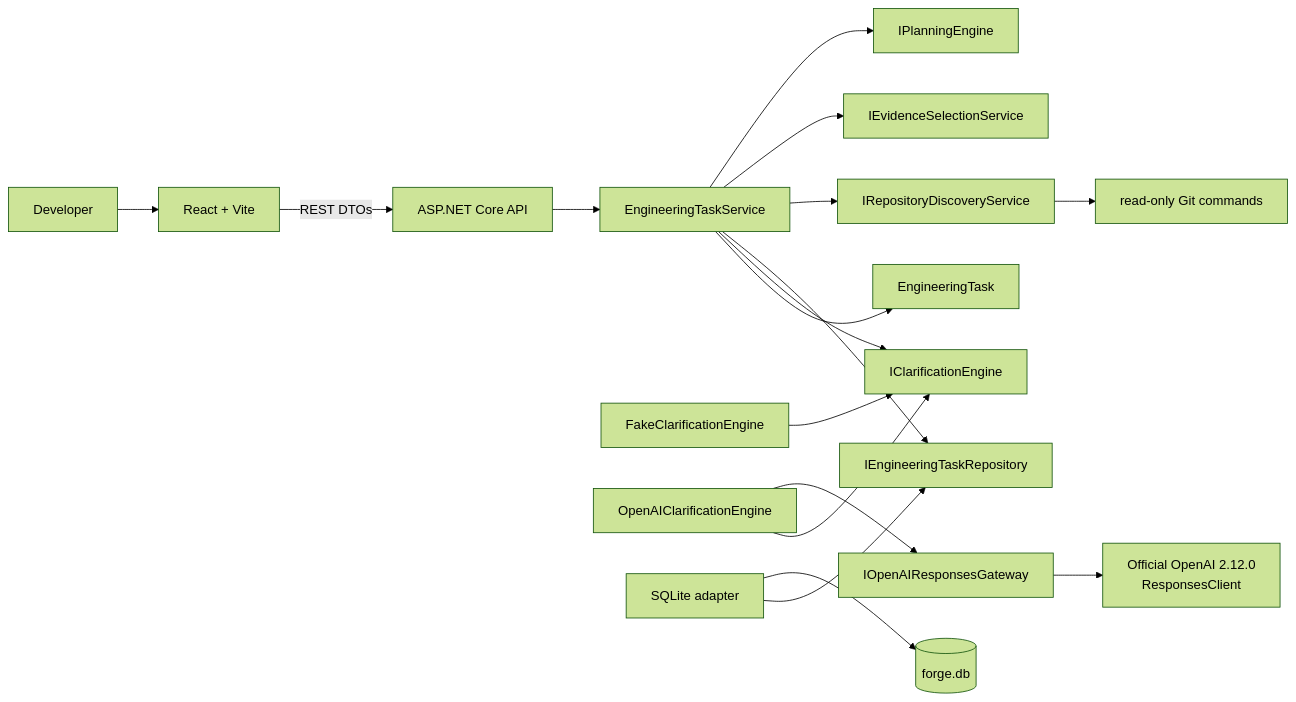
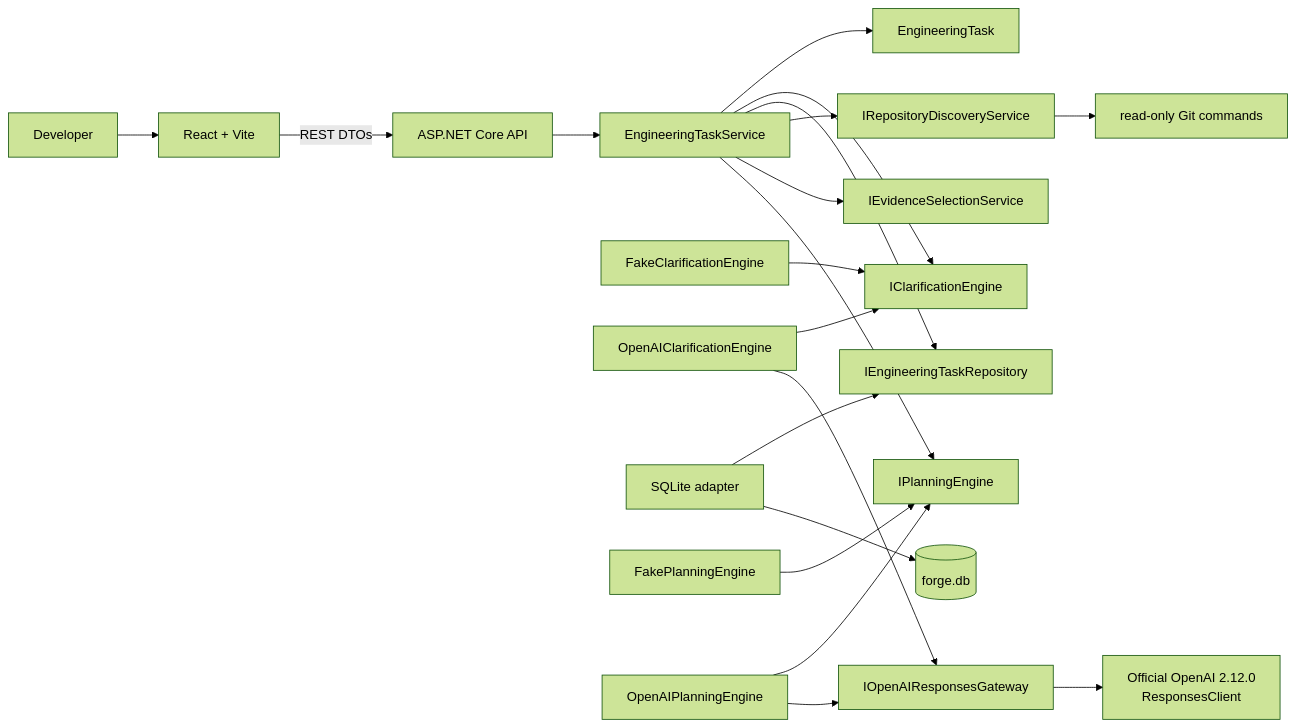
One commit to kamalpuvvada/forge-ai changed the first of 3 diagrams in docs/architecture.md. Above: the diagram before and after it, drawn with Mermaid (forest theme). The commit also changed other lines of this file and 32 other files, not shown here.

````diff
--- a/docs/architecture.md
+++ b/docs/architecture.md
@@ -10,19 +10,22 @@
 ```mermaid
 flowchart LR
     User[Developer] --> Web[React + Vite]
     Web -->|REST DTOs| Api[ASP.NET Core API]
     Api --> Service[EngineeringTaskService]
     Service --> Domain[EngineeringTask]
     Service --> Port[IClarificationEngine]
     Service --> Repo[IEngineeringTaskRepository]
     Fake[FakeClarificationEngine] --> Port
     OpenAIEngine[OpenAIClarificationEngine] --> Port
     OpenAIEngine --> Gateway[IOpenAIResponsesGateway]
     Gateway --> SDK[Official OpenAI 2.12.0\nResponsesClient]
     RepoAdapter[SQLite adapter] --> Repo
     RepoAdapter --> DB[(forge.db)]
     Service --> Discovery[IRepositoryDiscoveryService]
     Service --> Evidence[IEvidenceSelectionService]
     Service --> Planner[IPlanningEngine]
+    FakePlanner[FakePlanningEngine] --> Planner
+    OpenAIPlanner[OpenAIPlanningEngine] --> Planner
+    OpenAIPlanner --> Gateway
     Discovery --> Git[read-only Git commands]
 ```
````
